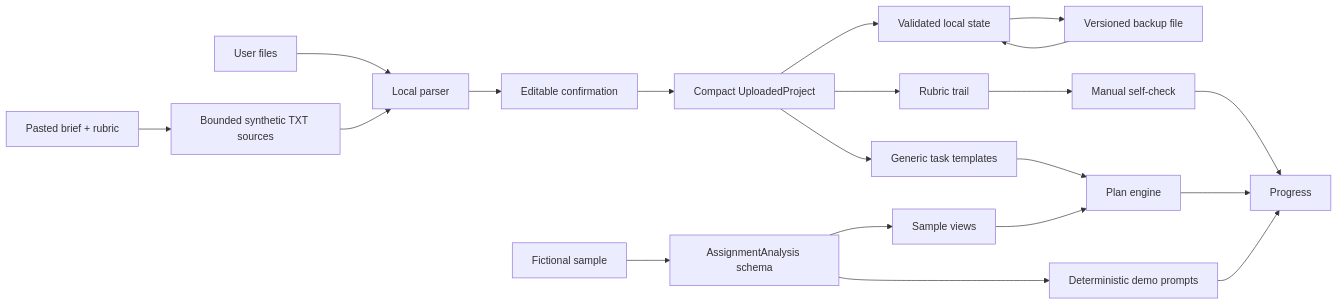
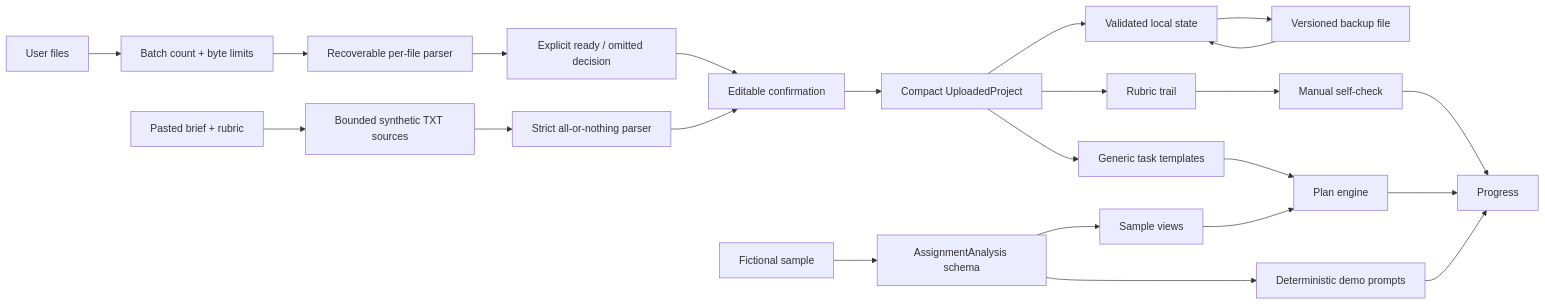
One commit to Sion612/rubrictrail changed the diagram in docs/ARCHITECTURE.md. Above: the diagram before and after it, drawn with Mermaid. The commit also changed other lines of this file and 20 other files, not shown here.

````diff
--- a/docs/ARCHITECTURE.md
+++ b/docs/ARCHITECTURE.md
@@ -6,23 +6,26 @@
 ```mermaid
 flowchart LR
-  U["User files"] --> P["Local parser"]
+  U["User files"] --> BL["Batch count + byte limits"]
+  BL --> RP["Recoverable per-file parser"]
+  RP --> DR["Explicit ready / omitted decision"]
   PT["Pasted brief + rubric"] --> PF["Bounded synthetic TXT sources"]
-  PF --> P
-  P --> C["Editable confirmation"]
+  PF --> SP["Strict all-or-nothing parser"]
+  SP --> C["Editable confirmation"]
+  DR --> C
   C --> LP["Compact UploadedProject"]
   LP --> LS["Validated local state"]
   LS --> BF["Versioned backup file"]
   BF --> LS
   LP --> RT["Rubric trail"]
   LP --> TP["Generic task templates"]
   TP --> PE["Plan engine"]
   RT --> SC["Manual self-check"]
   PE --> PR["Progress"]
   SC --> PR
 
   S["Fictional sample"] --> AS["AssignmentAnalysis schema"]
   AS --> SV["Sample views"]
   AS --> MD["Deterministic demo prompts"]
   SV --> PE
   MD --> PR
 ```
````
